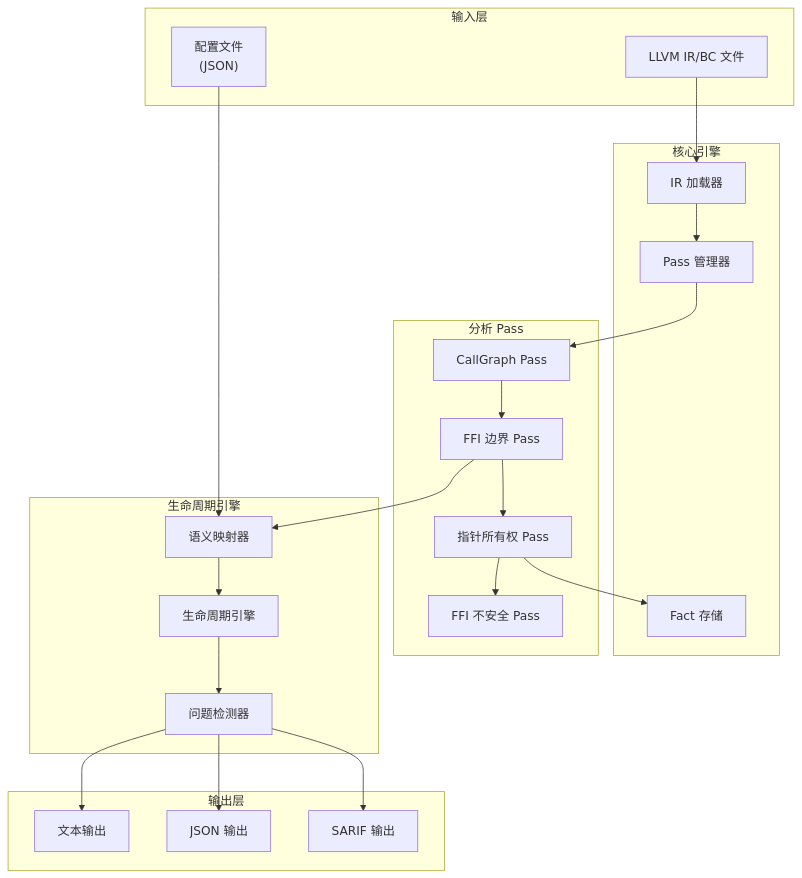
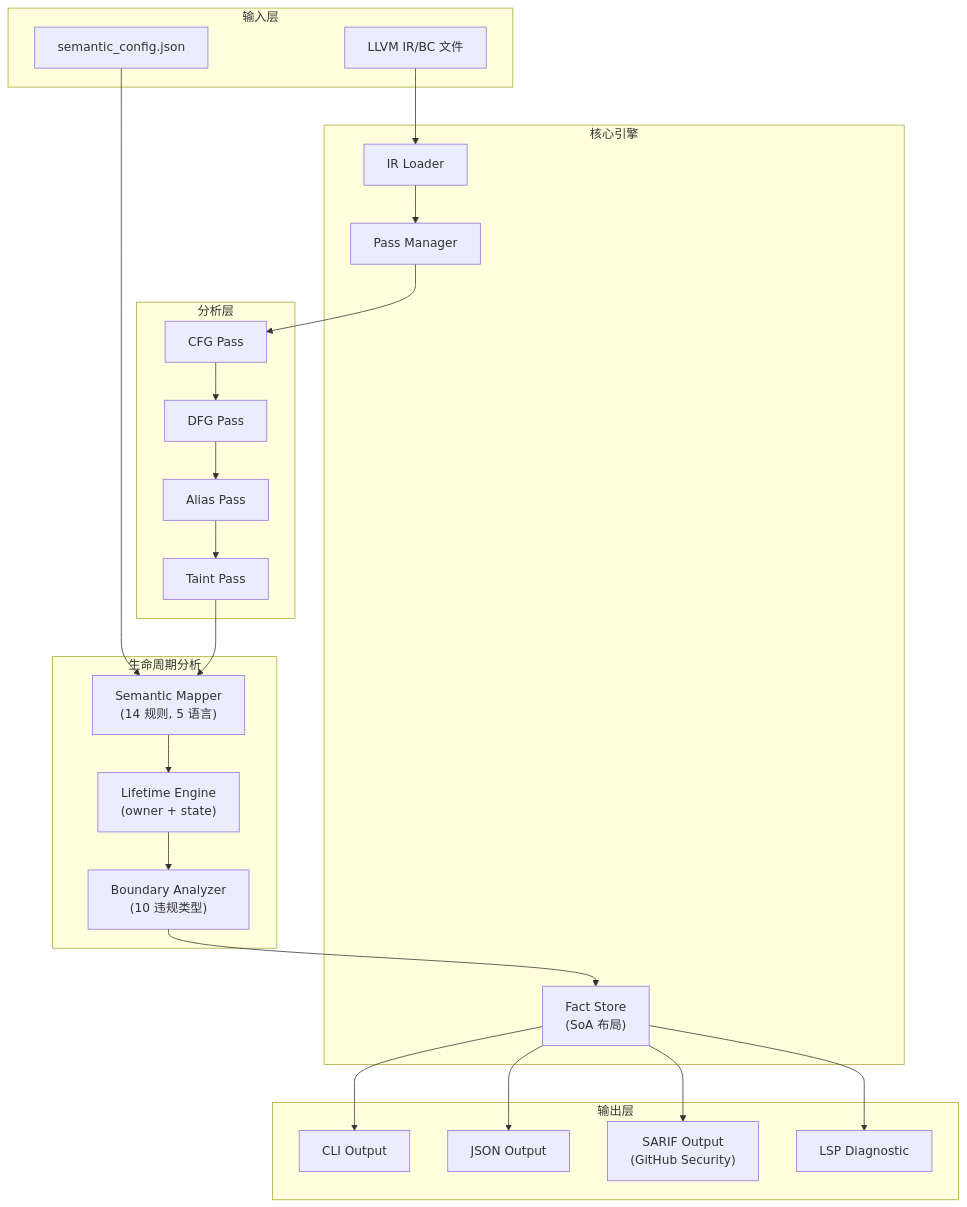
The second of 4 diagrams in README_zh.md (Timwood0x10/OmniScope), drawn with Mermaid before and after one commit. The commit also changed other lines of this file and 9 other files, not shown here.

````diff
--- a/README_zh.md
+++ b/README_zh.md
@@ -119,47 +113,49 @@
 ```mermaid
 graph TB
     subgraph Input["输入层"]
         IR["LLVM IR/BC 文件"]
-        Config["配置文件<br/>(JSON)"]
+        Config["semantic_config.json"]
     end
-    
+
     subgraph Core["核心引擎"]
-        Loader["IR 加载器"]
-        PassMgr["Pass 管理器"]
-        FactStore["Fact 存储"]
+        Loader["IR Loader"]
+        PassMgr["Pass Manager"]
+        FactStore["Fact Store<br/>(SoA 布局)"]
     end
-    
-    subgraph Passes["分析 Pass"]
-        CG["CallGraph Pass"]
-        FFI["FFI 边界 Pass"]
-        Own["指针所有权 Pass"]
-        Unsafe["FFI 不安全 Pass"]
+
+    subgraph Analysis["分析层"]
+        CFG["CFG Pass"]
+        DFG["DFG Pass"]
+        Alias["Alias Pass"]
+        Taint["Taint Pass"]
     end
-    
-    subgraph Lifetime["生命周期引擎"]
-        Mapper["语义映射器"]
-        Engine["生命周期引擎"]
-        Detector["问题检测器"]
+
+    subgraph Lifetime["生命周期分析"]
+        Mapper["Semantic Mapper<br/>(14 规则, 5 语言)"]
+        Engine["Lifetime Engine<br/>(owner + state)"]
+        Boundary["Boundary Analyzer<br/>(10 违规类型)"]
     end
-    
+
     subgraph Output["输出层"]
-        Text["文本输出"]
-        JSON["JSON 输出"]
-        SARIF["SARIF 输出"]
+        CLI["CLI Output"]
+        JSON["JSON Output"]
+        SARIF["SARIF Output<br/>(GitHub Security)"]
+        LSP["LSP Diagnostic"]
     end
-    
+
     IR --> Loader
     Config --> Mapper
     Loader --> PassMgr
-    PassMgr --> CG
-    CG --> FFI
-    FFI --> Own
-    Own --> Unsafe
-    FFI --> Mapper
-    Own --> FactStore
+    PassMgr --> CFG
+    CFG --> DFG
+    DFG --> Alias
+    Alias --> Taint
+    Taint --> Mapper
     Mapper --> Engine
-    Engine --> Detector
-    Detector --> Text
-    Detector --> JSON
-    Detector --> SARIF
+    Engine --> Boundary
+    Boundary --> FactStore
+    FactStore --> CLI
+    FactStore --> JSON
+    FactStore --> SARIF
+    FactStore --> LSP
 ```
````
